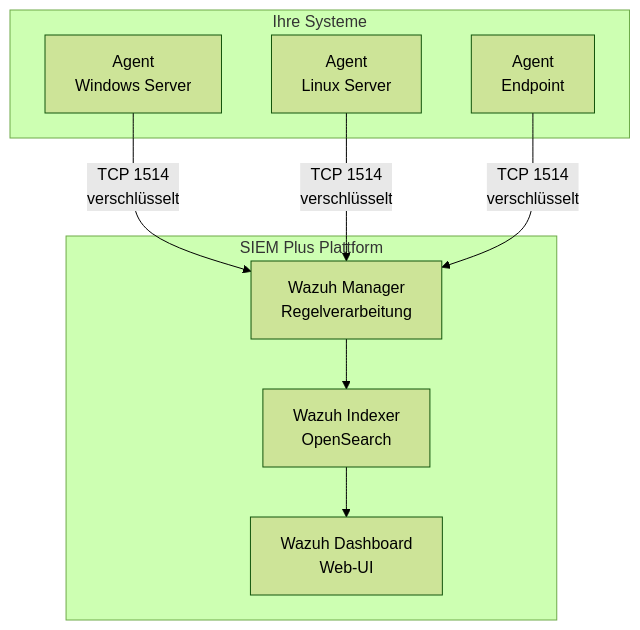
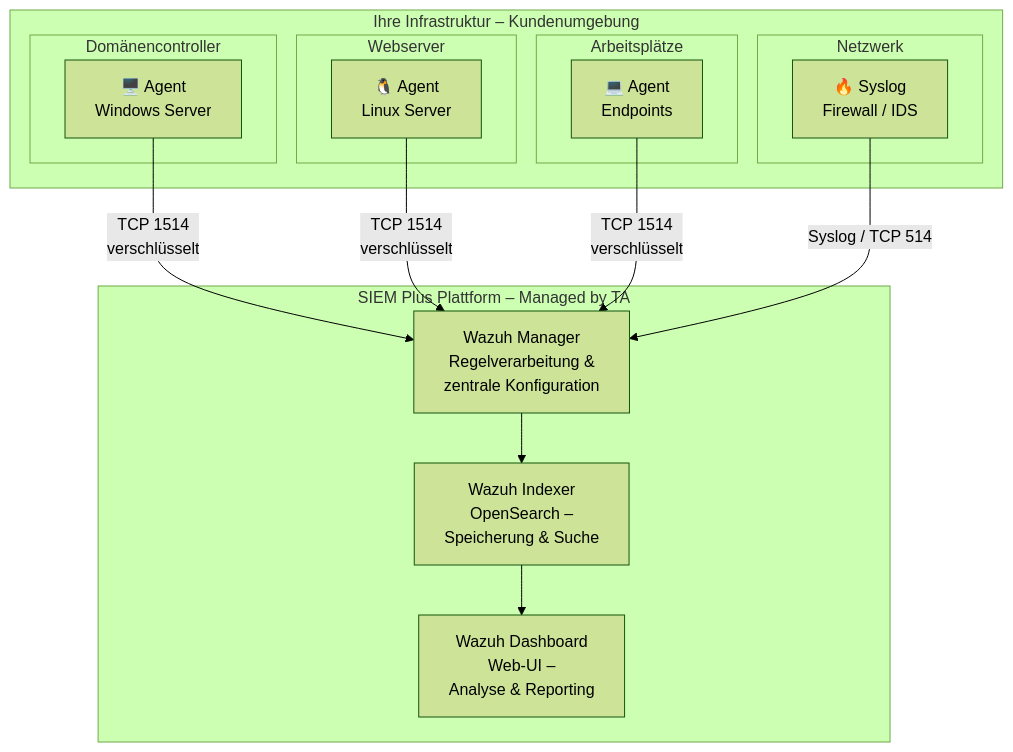
One commit to tagmbh/TA-BTO changed the first of 5 diagrams in docs/de/systeme/siem-wazuh.md. Above: the diagram before and after it, drawn with Mermaid (forest theme). The commit also changed other lines of this file and 3 other files, not shown here.

First line of the commit message:
Expand Wazuh docs with Agent Groups, modules, and process flows

````diff
--- a/docs/de/systeme/siem-wazuh.md
+++ b/docs/de/systeme/siem-wazuh.md
@@ -85,18 +31,28 @@
 ```mermaid
 graph TB
-    subgraph "Ihre Systeme"
-        A1[Agent<br/>Windows Server]
-        A2[Agent<br/>Linux Server]
-        A3[Agent<br/>Endpoint]
+    subgraph "Ihre Infrastruktur – Kundenumgebung"
+        subgraph "Domänencontroller"
+            A1["🖥️ Agent<br/>Windows Server"]
+        end
+        subgraph "Webserver"
+            A2["🐧 Agent<br/>Linux Server"]
+        end
+        subgraph "Arbeitsplätze"
+            A3["💻 Agent<br/>Endpoints"]
+        end
+        subgraph "Netzwerk"
+            FW["🔥 Syslog<br/>Firewall / IDS"]
+        end
     end
 
-    subgraph "SIEM Plus Plattform"
-        M[Wazuh Manager<br/>Regelverarbeitung]
-        I[Wazuh Indexer<br/>OpenSearch]
-        D[Wazuh Dashboard<br/>Web-UI]
+    subgraph "SIEM Plus Plattform – Managed by TA"
+        M["Wazuh Manager<br/>Regelverarbeitung &<br/>zentrale Konfiguration"]
+        I["Wazuh Indexer<br/>OpenSearch –<br/>Speicherung & Suche"]
+        D["Wazuh Dashboard<br/>Web-UI –<br/>Analyse & Reporting"]
     end
 
-    A1 & A2 & A3 -->|TCP 1514<br/>verschlüsselt| M
+    A1 & A2 & A3 -->|"TCP 1514<br/>verschlüsselt"| M
+    FW -->|"Syslog / TCP 514"| M
     M --> I
     I --> D
 ```
````
